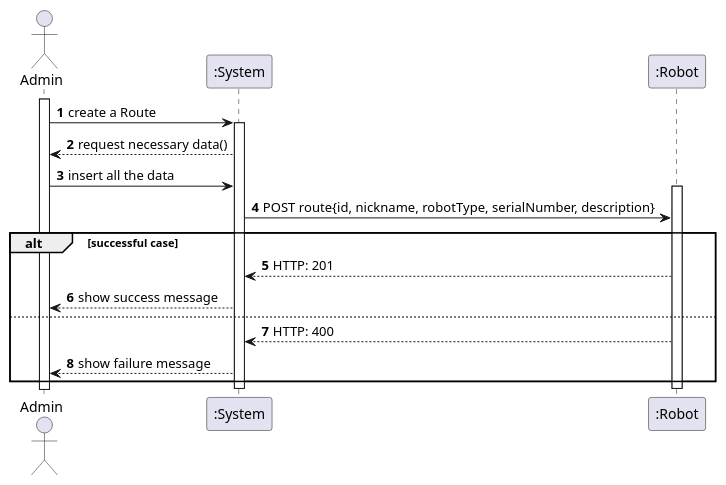
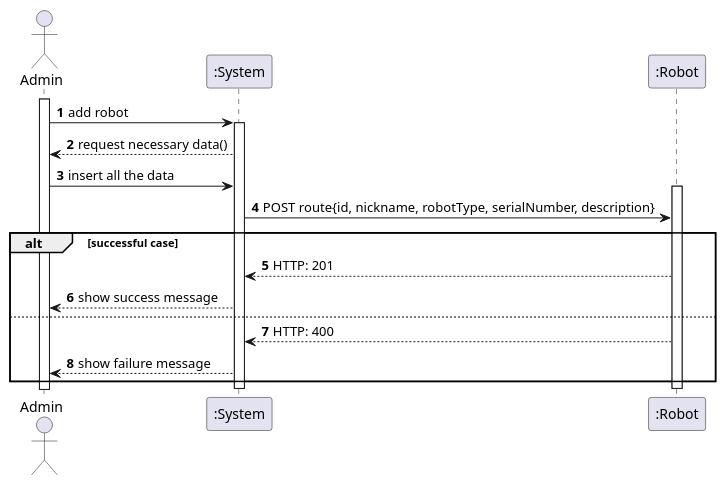
Before and after one commit to NunoTeixeiraMota/ProjetoIntegrador24: the diagram in docs/Sprint A/US360/Level2_addRobot.puml, drawn with PlantUML. The commit also changed 40 other files, not shown here.

Commit message:
Updated some diagrams

```diff
--- a/docs/Sprint A/US360/Level2_addRobot.puml
+++ b/docs/Sprint A/US360/Level2_addRobot.puml
@@ -1,28 +1,28 @@
 @startuml
 autonumber
 'hide footbox
 actor "Admin" as admin
 
 participant ":System" as sys
 participant ":Robot" as robot
 
 activate admin
 
-admin -> sys: create a Route
+admin -> sys: add robot
 activate sys
 
 sys --> admin: request necessary data()
 admin -> sys : insert all the data
 activate robot
 sys -> robot: POST route{id, nickname, robotType, serialNumber, description}
 
 alt successful case
     robot --> sys: HTTP: 201
     sys --> admin: show success message
 else
     robot --> sys: HTTP: 400
     sys --> admin: show failure message
 end
 deactivate robot
 deactivate sys
 @enduml
```
